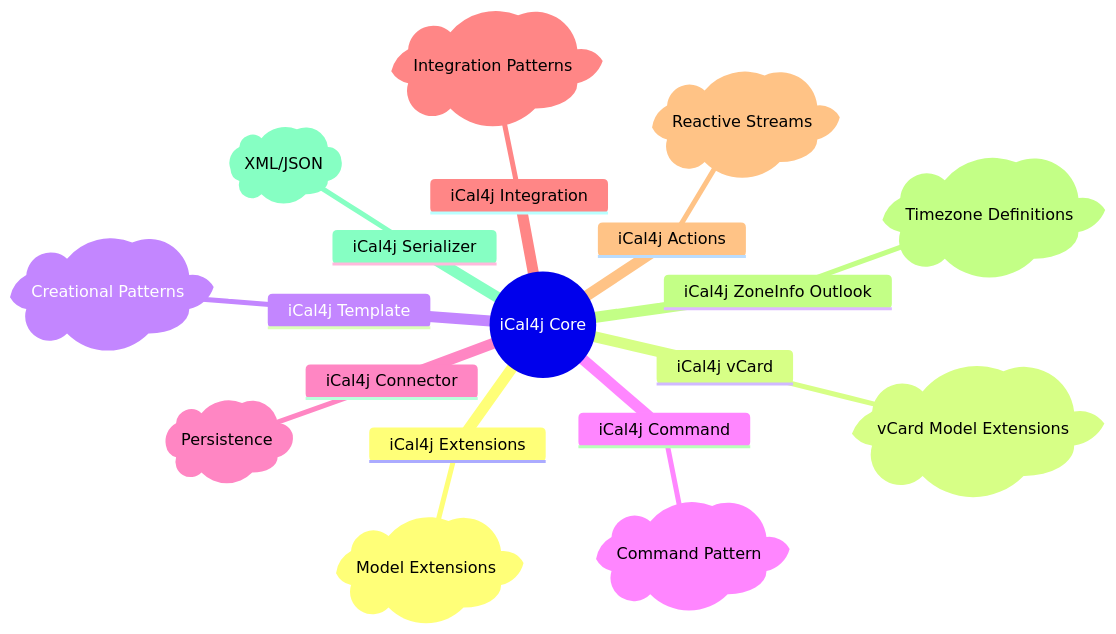
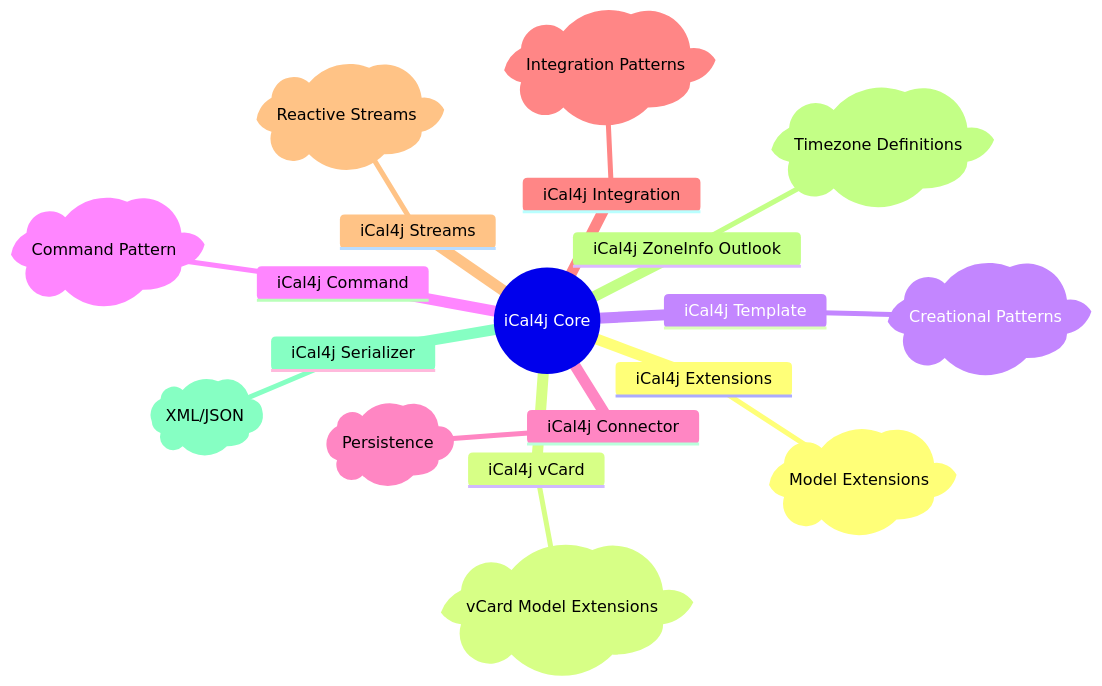
One commit to ical4j/ical4j-user-guide changed the diagram in docs/images/overview.mmd. Above: the diagram before and after it, drawn with Mermaid. The commit also changed 9 other files, not shown here.

Commit message:
Refactored actions to streams

```diff
--- a/docs/images/overview.mmd
+++ b/docs/images/overview.mmd
@@ -1,20 +1,20 @@
 mindmap
   root((iCal4j Core))
     iCal4j Extensions
         p)Model Extensions(
     iCal4j vCard
         p)vCard Model Extensions(
     iCal4j Template
         p)Creational Patterns(
     iCal4j Command
         p)Command Pattern(
     iCal4j Connector
         p)Persistence(
     iCal4j Integration
         p)Integration Patterns(
-    iCal4j Actions
+    iCal4j Streams
         p)Reactive Streams(
     iCal4j ZoneInfo Outlook
         p)Timezone Definitions(
     iCal4j Serializer
         p)XML/JSON(
```
